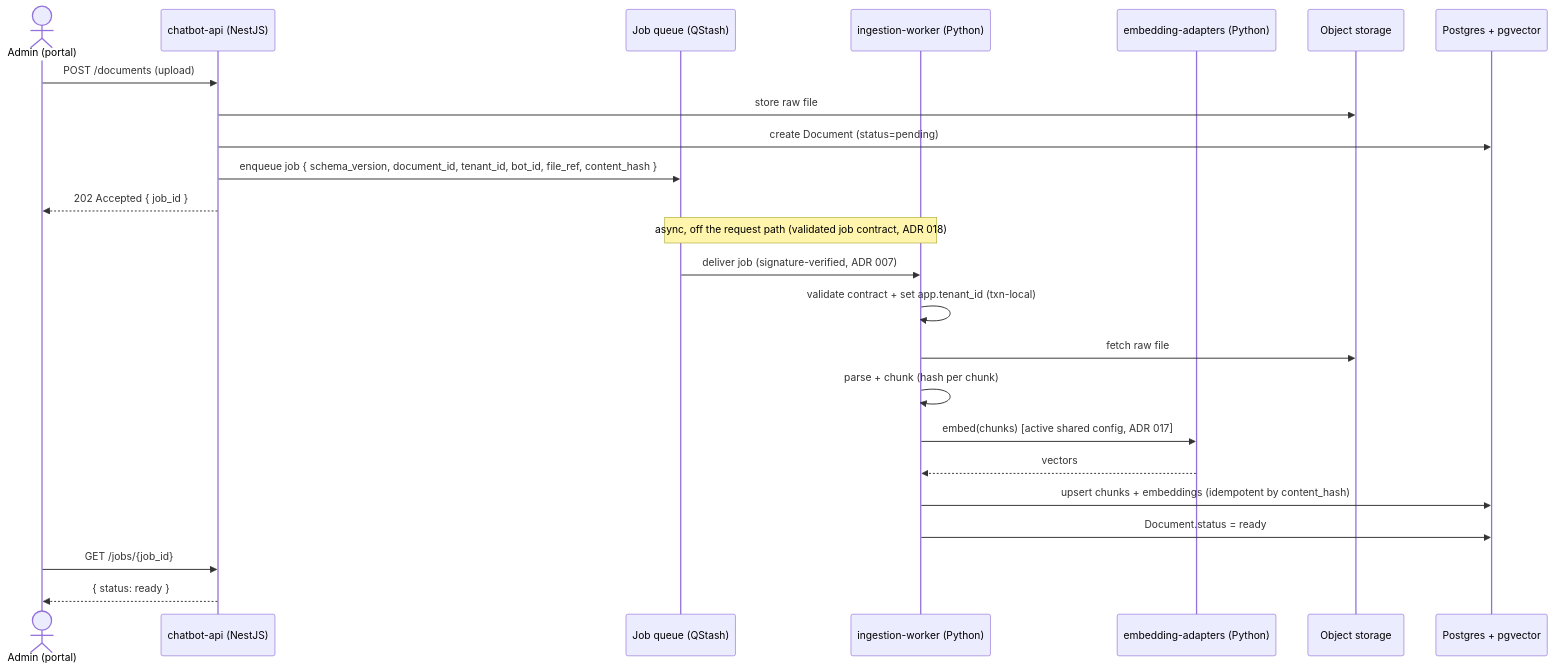
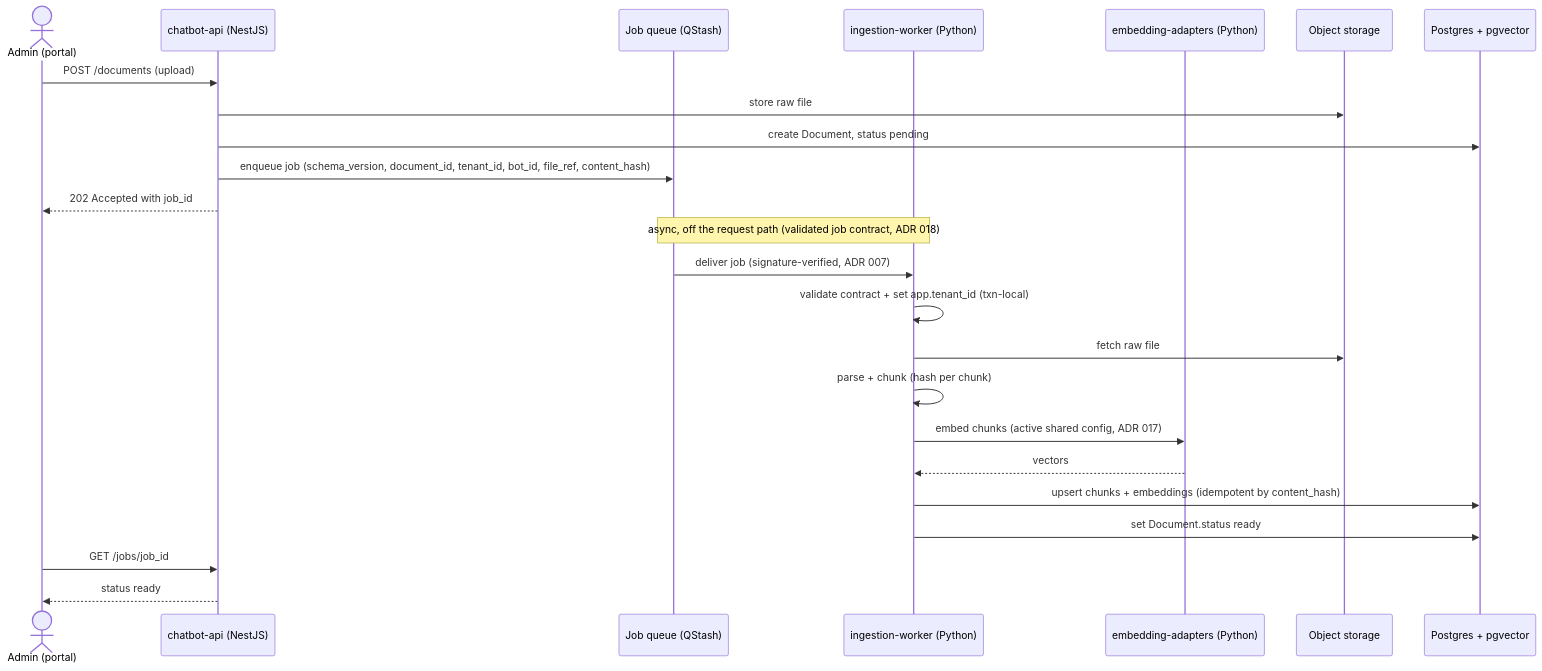
Before and after one commit to gabemule/ai-tests: the third of 5 diagrams in @todo/MVP-SAAS/ARCHITECTURE.md, drawn with Mermaid. The commit also changed other lines of this file and 8 other files, not shown here.

````diff
--- a/@todo/MVP-SAAS/ARCHITECTURE.md
+++ b/@todo/MVP-SAAS/ARCHITECTURE.md
@@ -145,27 +229,27 @@
 ```mermaid
 sequenceDiagram
     actor User as Admin (portal)
     participant API as chatbot-api (NestJS)
     participant Q as Job queue (QStash)
     participant W as ingestion-worker (Python)
     participant Emb as embedding-adapters (Python)
     participant Obj as Object storage
     participant PG as Postgres + pgvector
 
     User->>API: POST /documents (upload)
     API->>Obj: store raw file
-    API->>PG: create Document (status=pending)
-    API->>Q: enqueue job { schema_version, document_id, tenant_id, bot_id, file_ref, content_hash }
-    API-->>User: 202 Accepted { job_id }
+    API->>PG: create Document, status pending
+    API->>Q: enqueue job (schema_version, document_id, tenant_id, bot_id, file_ref, content_hash)
+    API-->>User: 202 Accepted with job_id
     Note over Q,W: async, off the request path (validated job contract, ADR 018)
     Q->>W: deliver job (signature-verified, ADR 007)
     W->>W: validate contract + set app.tenant_id (txn-local)
     W->>Obj: fetch raw file
     W->>W: parse + chunk (hash per chunk)
-    W->>Emb: embed(chunks)  [active shared config, ADR 017]
+    W->>Emb: embed chunks (active shared config, ADR 017)
     Emb-->>W: vectors
     W->>PG: upsert chunks + embeddings (idempotent by content_hash)
-    W->>PG: Document.status = ready
-    User->>API: GET /jobs/{job_id}
-    API-->>User: { status: ready }
+    W->>PG: set Document.status ready
+    User->>API: GET /jobs/job_id
+    API-->>User: status ready
 ```
````
